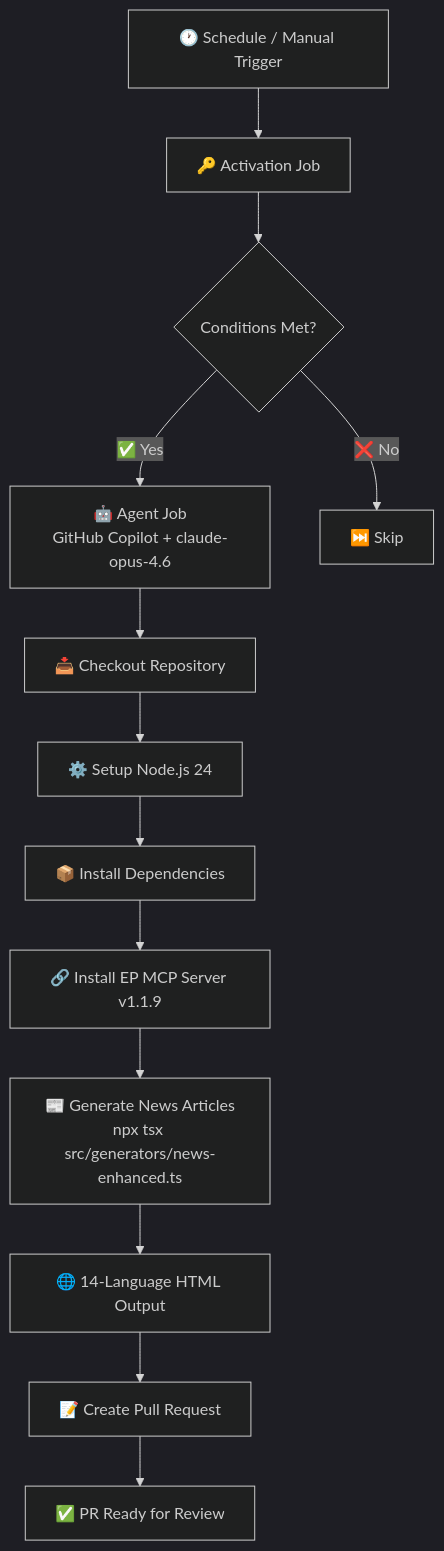
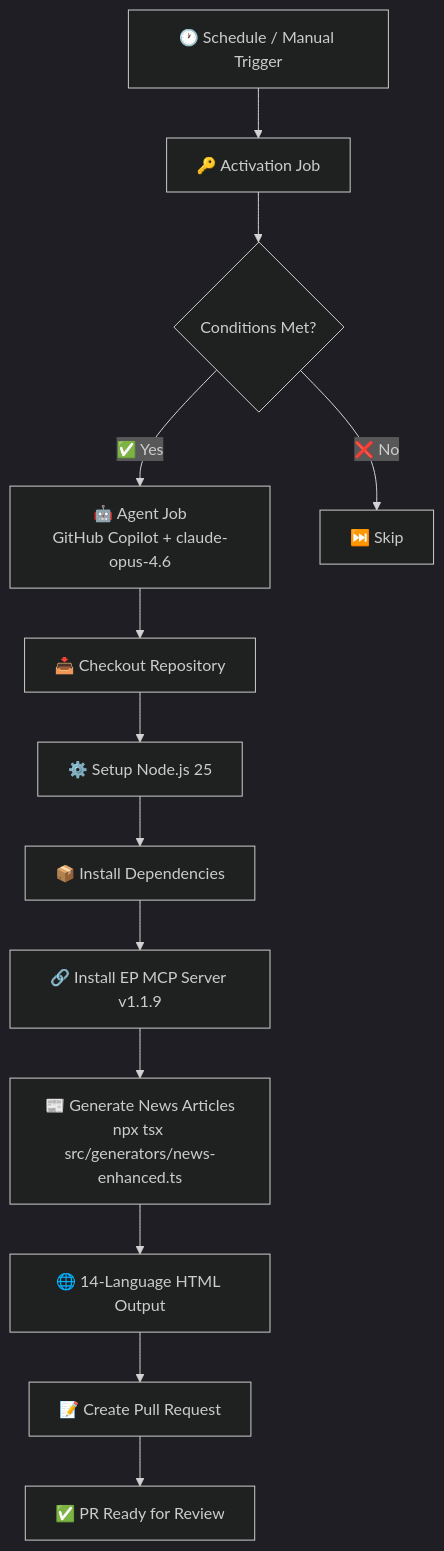
One commit to Hack23/euparliamentmonitor changed the first of 13 diagrams in WORKFLOWS.md. Above: the diagram before and after it, drawn with Mermaid (dark theme). The commit also changed other lines of this file and 50 other files, not shown here.

````diff
--- a/WORKFLOWS.md
+++ b/WORKFLOWS.md
@@ -114,15 +114,15 @@
 ```mermaid
 graph TD
     A[🕐 Schedule / Manual Trigger] --> B[🔑 Activation Job]
     B --> C{Conditions Met?}
     C -->|✅ Yes| D[🤖 Agent Job<br/>GitHub Copilot + claude-opus-4.6]
     C -->|❌ No| E[⏭️ Skip]
     D --> F[📥 Checkout Repository]
-    F --> G[⚙️ Setup Node.js 24]
+    F --> G[⚙️ Setup Node.js 25]
     G --> H[📦 Install Dependencies]
     H --> I[🔗 Install EP MCP Server v1.1.9]
     I --> J[📰 Generate News Articles<br/>npx tsx src/generators/news-enhanced.ts]
     J --> K[🌐 14-Language HTML Output]
     K --> L[📝 Create Pull Request]
     L --> M[✅ PR Ready for Review]
 ```
````
